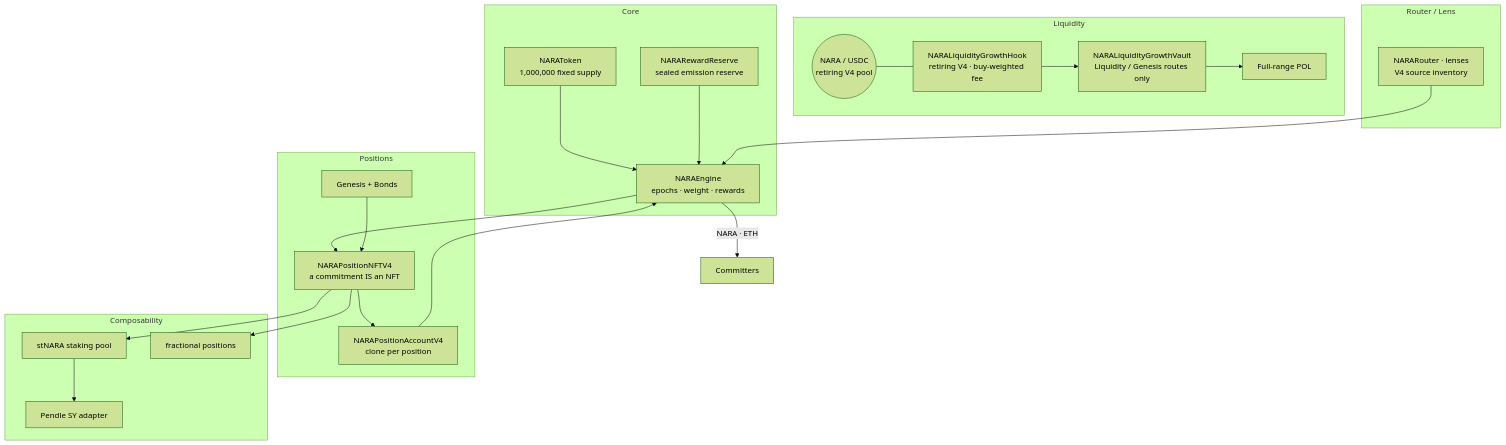
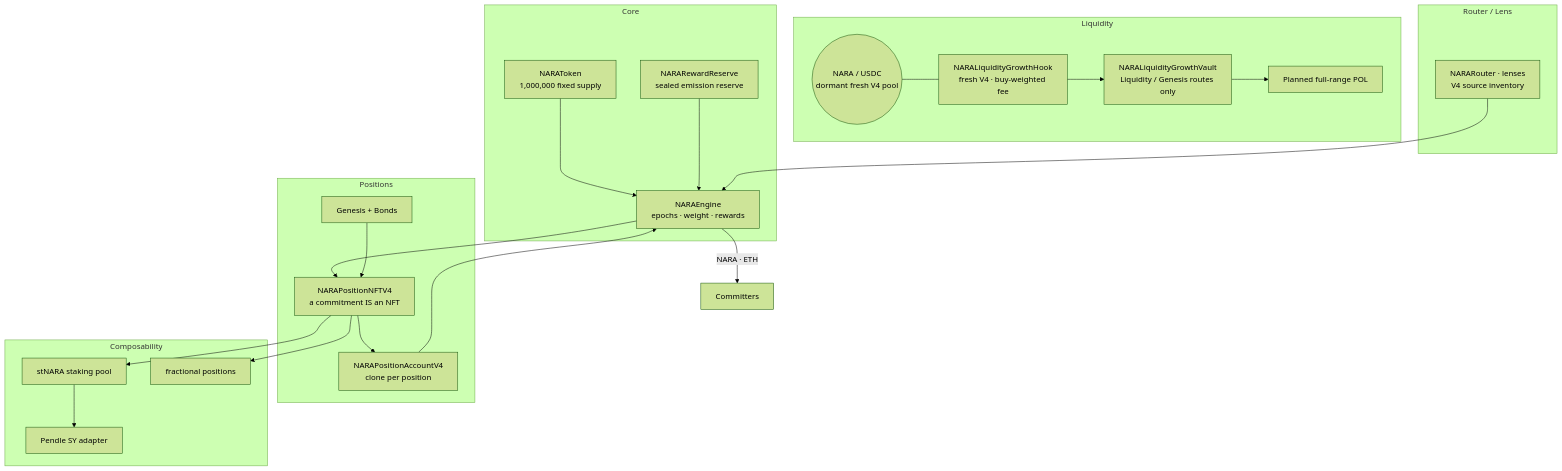
Before and after one commit to NARAProtocol/nara_protocol_v4: the diagram in README.md, drawn with Mermaid (forest theme). The commit also changed other lines of this file and 21 other files, not shown here.

````diff
--- a/README.md
+++ b/README.md
@@ -92,37 +95,37 @@
 ```mermaid
 flowchart TD
     subgraph CORE[Core]
       T[NARAToken<br/>1,000,000 fixed supply]
       E[NARAEngine<br/>epochs · weight · rewards]
       R[NARARewardReserve<br/>sealed emission reserve]
     end
     subgraph LIQ[Liquidity]
-      H[NARALiquidityGrowthHook<br/>retiring V4 · buy-weighted fee]
+      H[NARALiquidityGrowthHook<br/>fresh V4 · buy-weighted fee]
       V[NARALiquidityGrowthVault<br/>Liquidity / Genesis routes only]
-      P((NARA / USDC<br/>retiring V4 pool))
-      LP[Full-range POL]
+      P((NARA / USDC<br/>dormant fresh V4 pool))
+      LP[Planned full-range POL]
     end
     subgraph POS[Positions]
       NFT[NARAPositionNFTV4<br/>a commitment IS an NFT]
       ACC[NARAPositionAccountV4<br/>clone per position]
       G[Genesis + Bonds]
     end
     subgraph CMP[Composability]
       ST[stNARA staking pool]
       SY[Pendle SY adapter]
       FR[fractional positions]
     end
     subgraph RTR[Router / Lens]
       RT[NARARouter · lenses<br/>V4 source inventory]
     end
 
     T --> E
     R --> E
     P --- H --> V --> LP
     E --> NFT --> ACC --> E
     G --> NFT
     NFT --> ST --> SY
     NFT --> FR
     RT --> E
     E -->|NARA · ETH| U[Committers]
 ```
````
